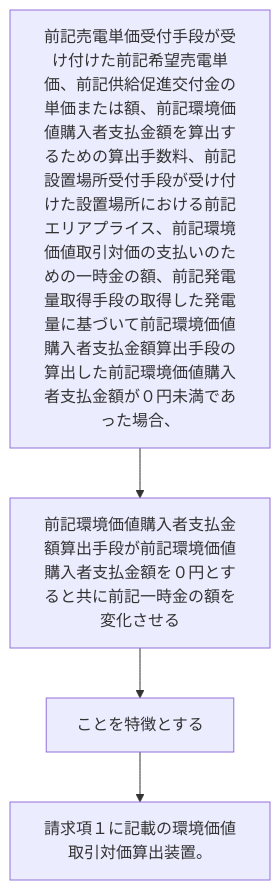
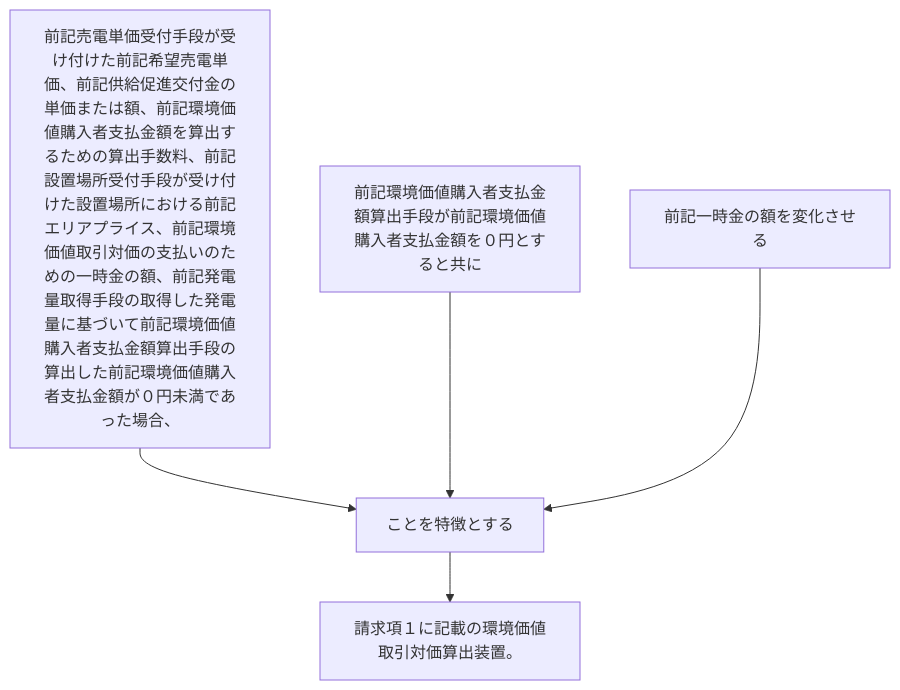
The diagram in 2024/JP2024027042A/claim_2/README.md (shinmori55/patent_analyzed), drawn with Mermaid before and after one commit. The commit also changed 336 other files, not shown here.

````diff
--- a/2024/JP2024027042A/claim_2/README.md
+++ b/2024/JP2024027042A/claim_2/README.md
@@ -2,10 +2,12 @@
 ```mermaid
 flowchart TD
 A[前記売電単価受付手段が受け付けた前記希望売電単価、前記供給促進交付金の単価または額、前記環境価値購入者支払金額を算出するための算出手数料、前記設置場所受付手段が受け付けた設置場所における前記エリアプライス、前記環境価値取引対価の支払いのための一時金の額、前記発電量取得手段の取得した発電量に基づいて前記環境価値購入者支払金額算出手段の算出した前記環境価値購入者支払金額が０円未満であった場合、]
-B[前記環境価値購入者支払金額算出手段が前記環境価値購入者支払金額を０円とすると共に前記一時金の額を変化させる]
-C[ことを特徴とする]
-D[請求項１に記載の環境価値取引対価算出装置。]
-A --> B
-B --> C
+B[前記環境価値購入者支払金額算出手段が前記環境価値購入者支払金額を０円とすると共に]
+C[前記一時金の額を変化させる]
+D[ことを特徴とする]
+E[請求項１に記載の環境価値取引対価算出装置。]
+A --> D
+B --> D
 C --> D
+D --> E
 ```
````
